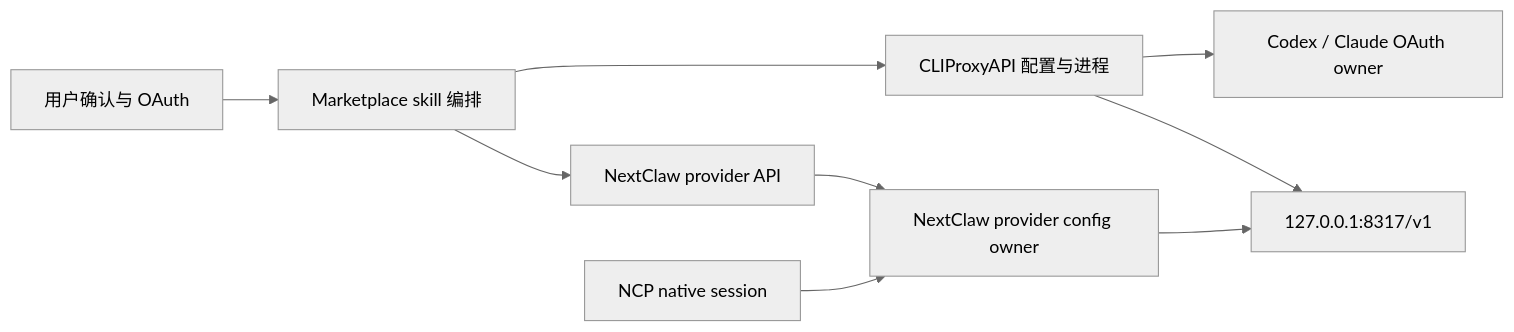
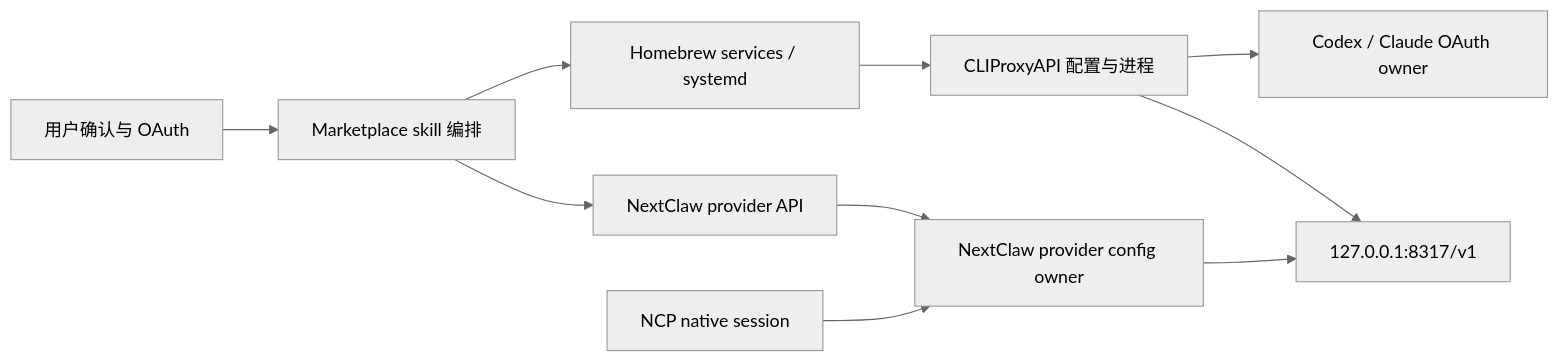
One commit to Peiiii/nextclaw changed the diagram in docs/designs/2026-07-20-local-ai-subscription-proxy-skill.design.md. Above: the diagram before and after it, drawn with Mermaid (neutral theme). The commit also changed other lines of this file and 10 other files, not shown here.

````diff
--- a/docs/designs/2026-07-20-local-ai-subscription-proxy-skill.design.md
+++ b/docs/designs/2026-07-20-local-ai-subscription-proxy-skill.design.md
@@ -32,11 +34,12 @@
 ```mermaid
 flowchart LR
   U["用户确认与 OAuth"] --> S["Marketplace skill 编排"]
-  S --> C["CLIProxyAPI 配置与进程"]
+  S --> M["Homebrew services / systemd"]
+  M --> C["CLIProxyAPI 配置与进程"]
   C --> O["Codex / Claude OAuth owner"]
   C --> E["127.0.0.1:8317/v1"]
   S --> P["NextClaw provider API"]
   P --> K["NextClaw provider config owner"]
   K --> E
   N["NCP native session"] --> K
 ```
````
